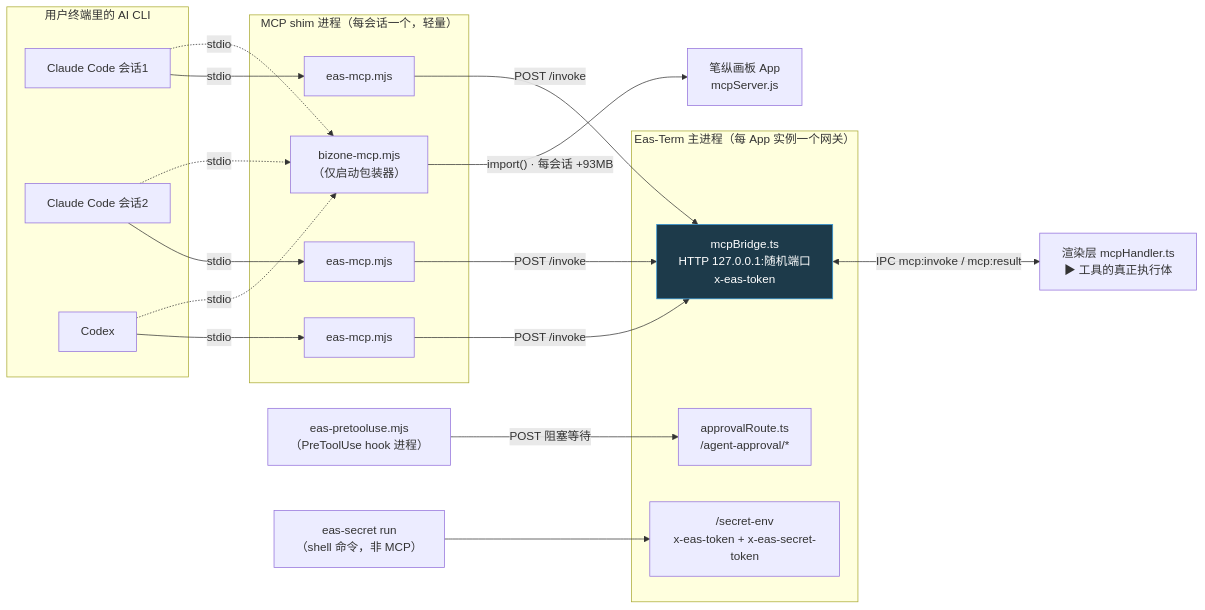
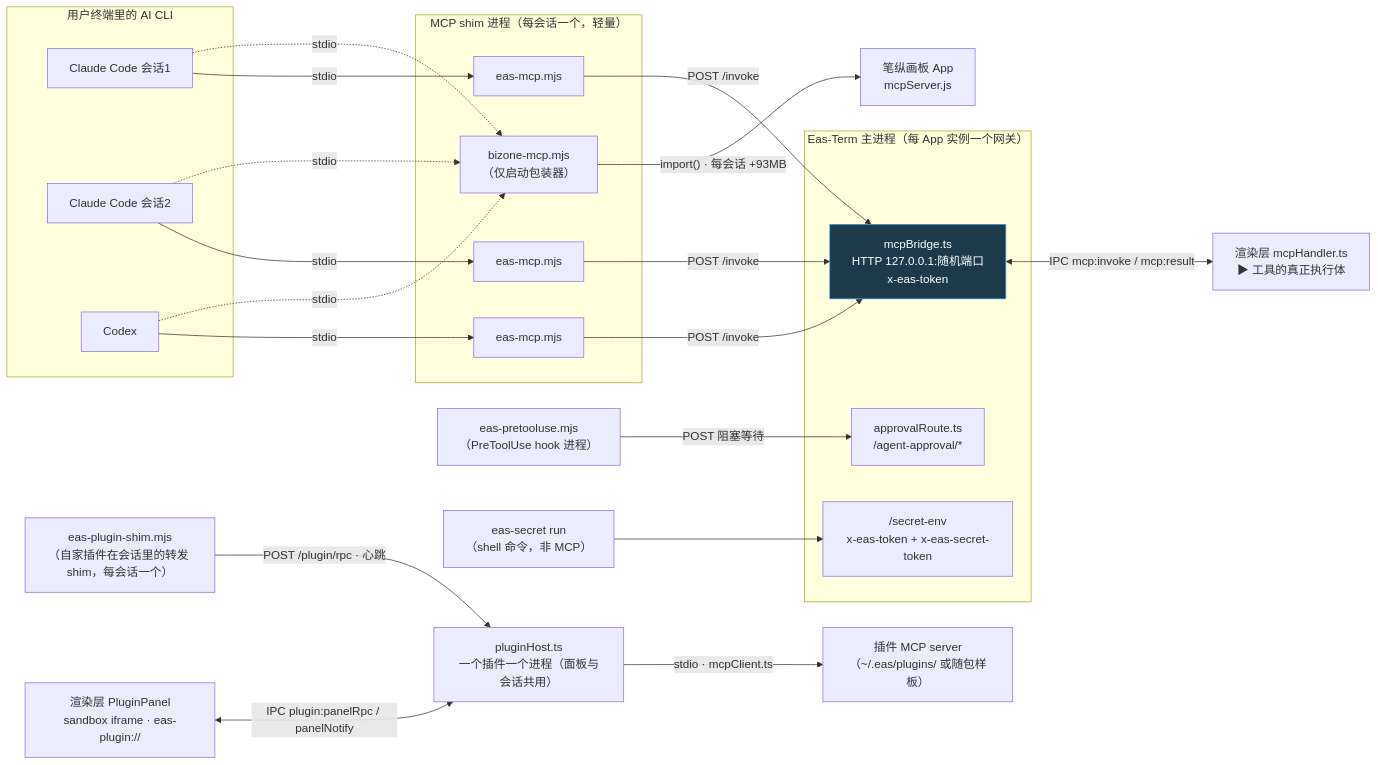
One commit to biily786063474-boop/eas_term changed the diagram in docs/architecture/11-MCP工具网络.md. Above: the diagram before and after it, drawn with Mermaid. The commit also changed other lines of this file and 11 other files, not shown here.

First line of the commit message:
feat(plugin): 插件面板宿主 H —— 进程宿主、stdio MCP 客户端、转发 shim、eas-plugin:// 协议、网关路由

````diff
--- a/docs/architecture/11-MCP工具网络.md
+++ b/docs/architecture/11-MCP工具网络.md
@@ -7,32 +7,35 @@
 ```mermaid
 graph LR
     subgraph CLI["用户终端里的 AI CLI"]
         C1["Claude Code 会话1"]
         C2["Claude Code 会话2"]
         CX["Codex"]
     end
     subgraph SHIM["MCP shim 进程（每会话一个，轻量）"]
         S1["eas-mcp.mjs"]
         S2["eas-mcp.mjs"]
         S3["eas-mcp.mjs"]
         BZ["bizone-mcp.mjs<br/>（仅启动包装器）"]
     end
     subgraph APP["Eas-Term 主进程（每 App 实例一个网关）"]
         GW["mcpBridge.ts<br/>HTTP 127.0.0.1:随机端口<br/>x-eas-token"]
         AR["approvalRoute.ts<br/>/agent-approval/*"]
         SE["/secret-env<br/>x-eas-token + x-eas-secret-token"]
     end
     RD["渲染层 mcpHandler.ts<br/>▶ 工具的真正执行体"]
     BZAPP["笔纵画板 App<br/>mcpServer.js"]
     C1 -->|stdio| S1
     C2 -->|stdio| S2
     CX -->|stdio| S3
     C1 & C2 & CX -.->|stdio| BZ
     S1 & S2 & S3 -->|"POST /invoke"| GW
     BZ -->|"import() · 每会话 +93MB"| BZAPP
     GW <-->|"IPC mcp:invoke / mcp:result"| RD
     HK["eas-pretooluse.mjs<br/>（PreToolUse hook 进程）"] -->|"POST 阻塞等待"| AR
+    PS["eas-plugin-shim.mjs<br/>（自家插件在会话里的转发 shim，每会话一个）"] -->|"POST /plugin/rpc · 心跳"| PH["pluginHost.ts<br/>一个插件一个进程（面板与会话共用）"]
+    PH -->|"stdio · mcpClient.ts"| PP["插件 MCP server<br/>（~/.eas/plugins/ 或随包样板）"]
+    PN["渲染层 PluginPanel<br/>sandbox iframe · eas-plugin://"] <-->|"IPC plugin:panelRpc / panelNotify"| PH
     ES["eas-secret run<br/>（shell 命令，非 MCP）"] --> SE
     classDef gw fill:#1d3a4a,stroke:#3498db,color:#fff
     class GW gw
 ```
````
